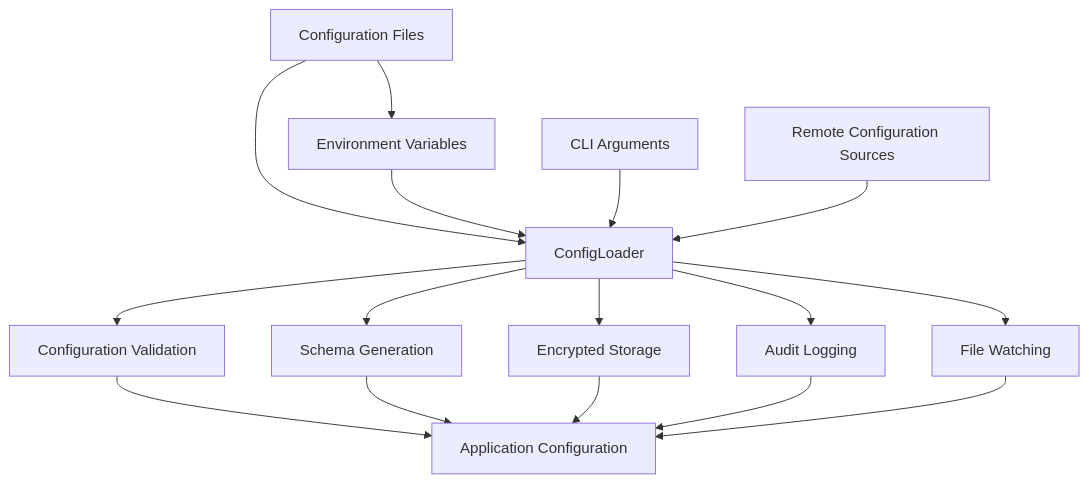
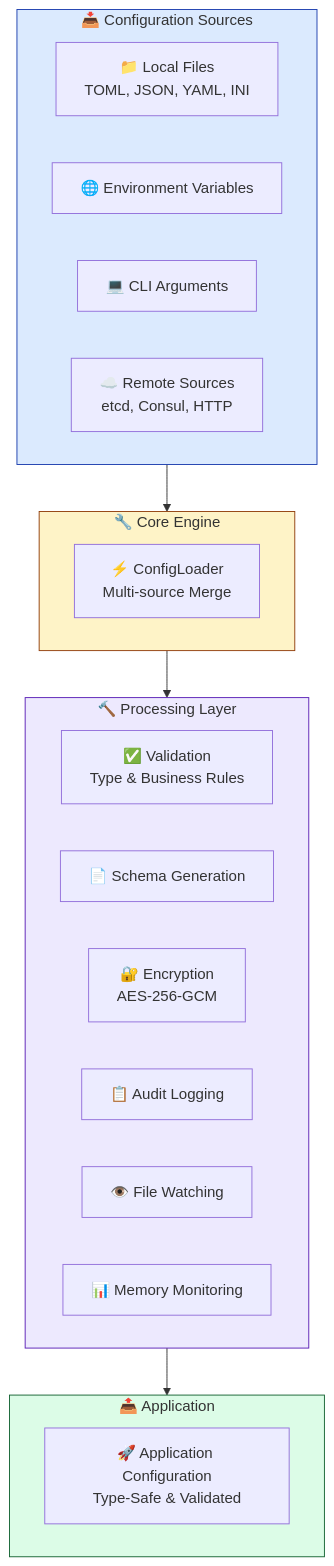
Before and after one commit to Kirky-X/confers: the second of 3 diagrams in README.md, drawn with Mermaid. The commit also changed other lines of this file and 12 other files, not shown here.

First line of the commit message:
docs: 优化文档页面视觉效果并添加 logo 图片

````diff
--- a/README.md
+++ b/README.md
@@ -443,20 +486,35 @@
 ```mermaid
 graph TB
-    A[Configuration Files] --> B[ConfigLoader]
-    A --> C[Environment Variables]
-    C --> B
-    D[CLI Arguments] --> B
-    E[Remote Configuration Sources] --> B
+    subgraph Sources ["📥 Configuration Sources"]
+        A[📁 Local Files<br/>TOML, JSON, YAML, INI]
+        B[🌐 Environment Variables]
+        C[💻 CLI Arguments]
+        D[☁️ Remote Sources<br/>etcd, Consul, HTTP]
+    end
     
-    B --> F[Configuration Validation]
-    B --> G[Schema Generation]
-    B --> H[Encrypted Storage]
-    B --> I[Audit Logging]
-    B --> J[File Watching]
+    subgraph Core ["🔧 Core Engine"]
+        E[⚡ ConfigLoader<br/>Multi-source Merge]
+    end
     
-    F --> K[Application Configuration]
-    G --> K
-    H --> K
-    I --> K
-    J --> K
+    subgraph Processing ["🔨 Processing Layer"]
+        F[✅ Validation<br/>Type & Business Rules]
+        G[📄 Schema Generation]
+        H[🔐 Encryption<br/>AES-256-GCM]
+        I[📋 Audit Logging]
+        J[👁️ File Watching]
+        K[📊 Memory Monitoring]
+    end
+    
+    subgraph Output ["📤 Application"]
+        L[🚀 Application Configuration<br/>Type-Safe & Validated]
+    end
+    
+    Sources --> Core
+    Core --> Processing
+    Processing --> Output
+    
+    style Sources fill:#DBEAFE,stroke:#1E40AF
+    style Core fill:#FEF3C7,stroke:#92400E
+    style Processing fill:#EDE9FE,stroke:#5B21B6
+    style Output fill:#DCFCE7,stroke:#166534
 ```
````
